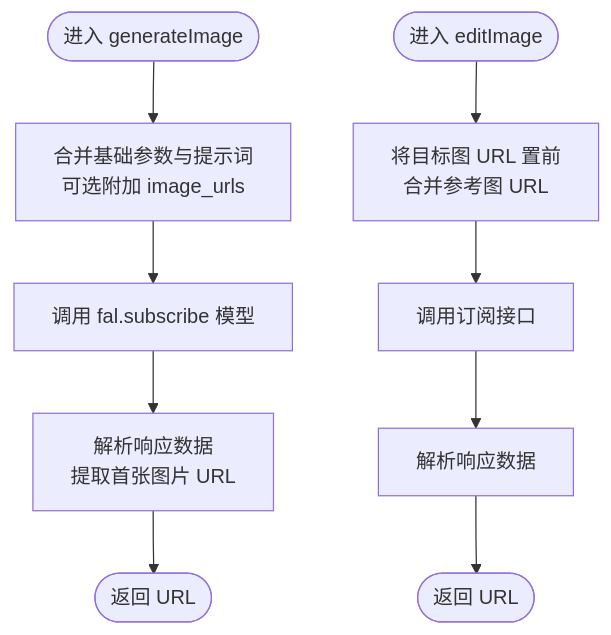
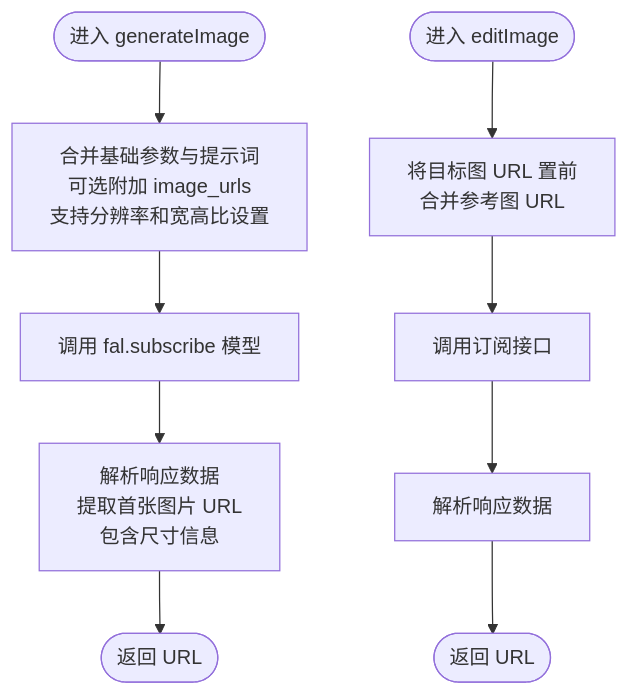
One commit to billye220670/BananaFlow2 changed the third of 9 diagrams in .qoder/repowiki/zh/content/核心功能模块/AI API 集成.md. Above: the diagram before and after it, drawn with Mermaid. The commit also changed other lines of this file and 10 other files, not shown here.

````diff
--- a/.qoder/repowiki/zh/content/核心功能模块/AI API 集成.md
+++ b/.qoder/repowiki/zh/content/核心功能模块/AI API 集成.md
@@ -132,11 +145,11 @@
 ```mermaid
 flowchart TD
-Start(["进入 generateImage"]) --> Merge["合并基础参数与提示词<br/>可选附加 image_urls"]
+Start(["进入 generateImage"]) --> Merge["合并基础参数与提示词<br/>可选附加 image_urls<br/>支持分辨率和宽高比设置"]
 Merge --> Call["调用 fal.subscribe 模型"]
-Call --> Parse["解析响应数据<br/>提取首张图片 URL"]
+Call --> Parse["解析响应数据<br/>提取首张图片 URL<br/>包含尺寸信息"]
 Parse --> End(["返回 URL"])
 Start2(["进入 editImage"]) --> Prepend["将目标图 URL 置前<br/>合并参考图 URL"]
 Prepend --> Call2["调用订阅接口"]
 Call2 --> Parse2["解析响应数据"]
 Parse2 --> End2(["返回 URL"])
 ```
````
